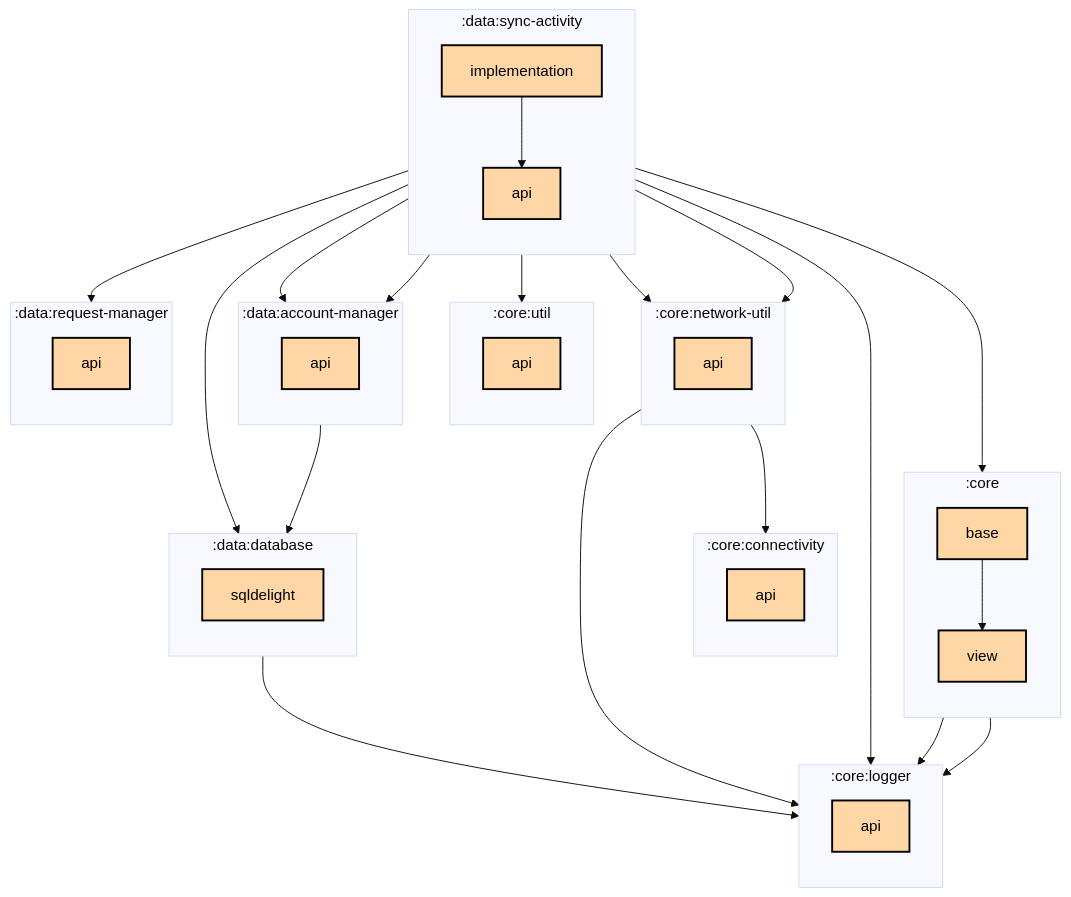
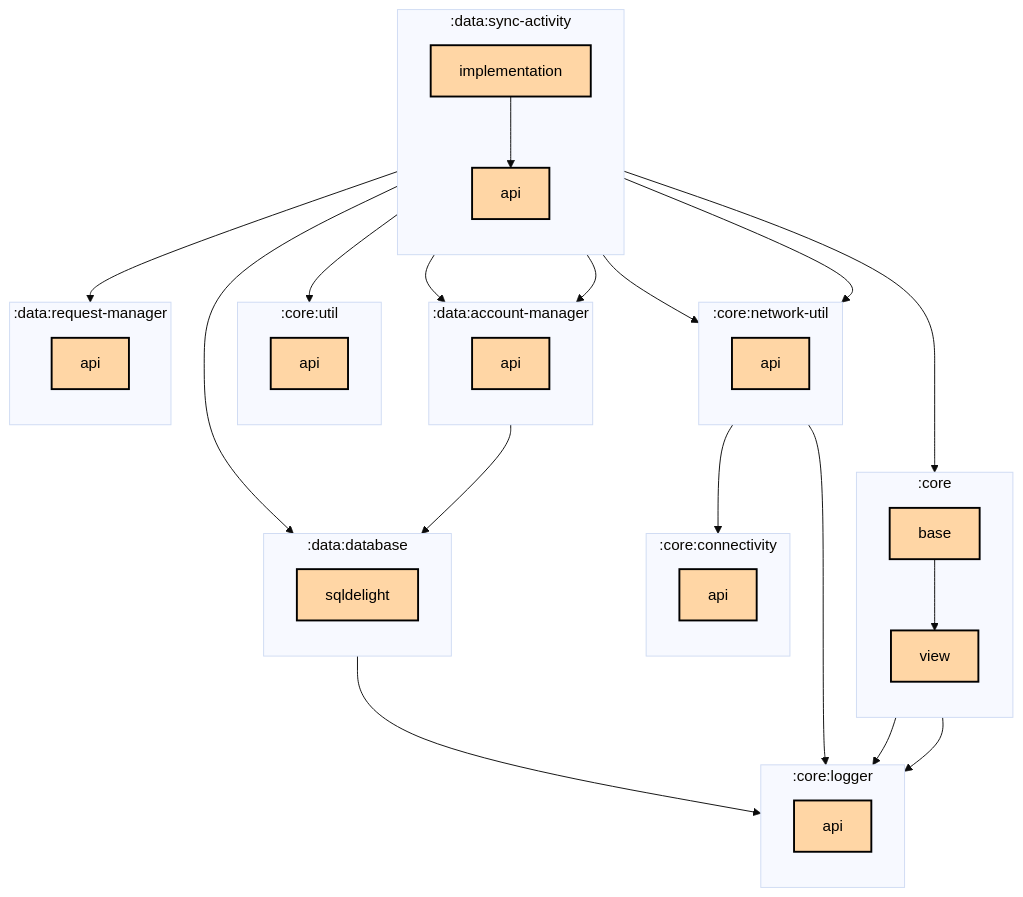
One commit to thomaskioko/tv-maniac changed the first of 2 diagrams in data/sync-activity/implementation/README.md. Above: the diagram before and after it, drawn with Mermaid (base theme). The commit also changed 11 other files, not shown here.

````diff
--- a/data/sync-activity/implementation/README.md
+++ b/data/sync-activity/implementation/README.md
@@ -6,65 +6,64 @@
 ```mermaid
 graph TB
   subgraph :core
     direction TB
     :core:base[base]:::multiplatform
     :core:view[view]:::multiplatform
   end
   subgraph :core:connectivity
     direction TB
     :core:connectivity:api[api]:::multiplatform
   end
   subgraph :core:logger
     direction TB
     :core:logger:api[api]:::multiplatform
   end
   subgraph :core:network-util
     direction TB
     :core:network-util:api[api]:::multiplatform
   end
   subgraph :core:util
     direction TB
     :core:util:api[api]:::multiplatform
   end
   subgraph :data:account-manager
     direction TB
     :data:account-manager:api[api]:::multiplatform
   end
   subgraph :data:database
     direction TB
     :data:database:sqldelight[sqldelight]:::multiplatform
   end
   subgraph :data:request-manager
     direction TB
     :data:request-manager:api[api]:::multiplatform
   end
   subgraph :data:sync-activity
     direction TB
     :data:sync-activity:api[api]:::multiplatform
     :data:sync-activity:implementation[implementation]:::multiplatform
   end
 
   :core:base --> :core:logger:api
   :core:base --> :core:view
   :core:network-util:api --> :core:connectivity:api
   :core:network-util:api --> :core:logger:api
   :core:view --> :core:logger:api
   :data:account-manager:api --> :data:database:sqldelight
   :data:database:sqldelight --> :core:logger:api
   :data:sync-activity:api --> :core:network-util:api
   :data:sync-activity:api --> :data:account-manager:api
   :data:sync-activity:implementation --> :core:base
-  :data:sync-activity:implementation --> :core:logger:api
   :data:sync-activity:implementation --> :core:network-util:api
   :data:sync-activity:implementation --> :core:util:api
   :data:sync-activity:implementation --> :data:account-manager:api
   :data:sync-activity:implementation --> :data:database:sqldelight
   :data:sync-activity:implementation --> :data:request-manager:api
   :data:sync-activity:implementation --> :data:sync-activity:api
 
 classDef application fill:#CAFFBF,stroke:#000,stroke-width:2px,color:#000;
 classDef multiplatform fill:#FFD6A5,stroke:#000,stroke-width:2px,color:#000;
 classDef android-library fill:#9BF6FF,stroke:#000,stroke-width:2px,color:#000;
 classDef jvm-library fill:#BDB2FF,stroke:#000,stroke-width:2px,color:#000;
 classDef unknown fill:#FFADAD,stroke:#000,stroke-width:2px,color:#000;
 ```
````
